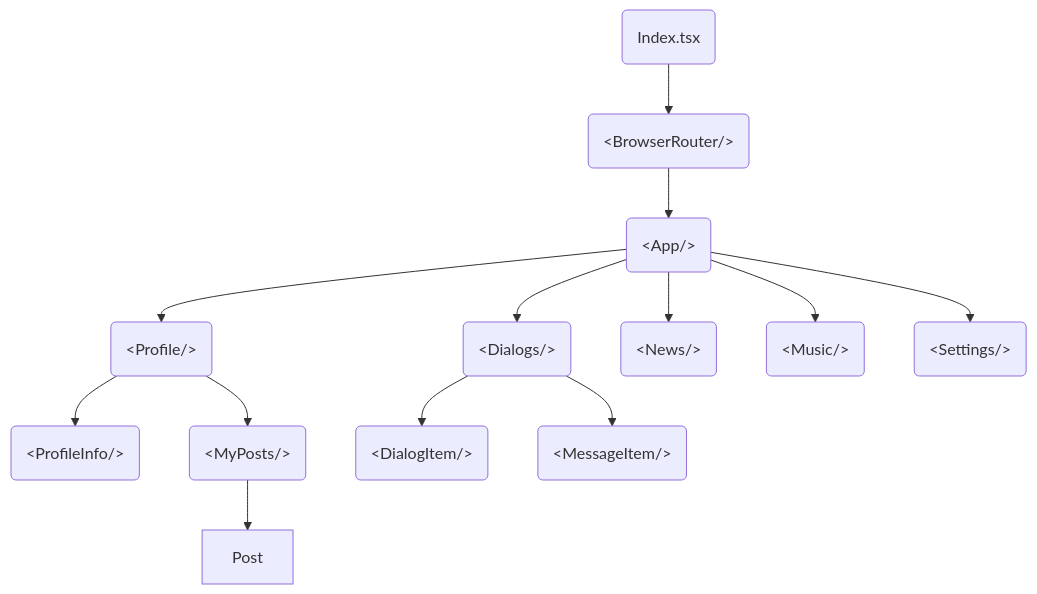
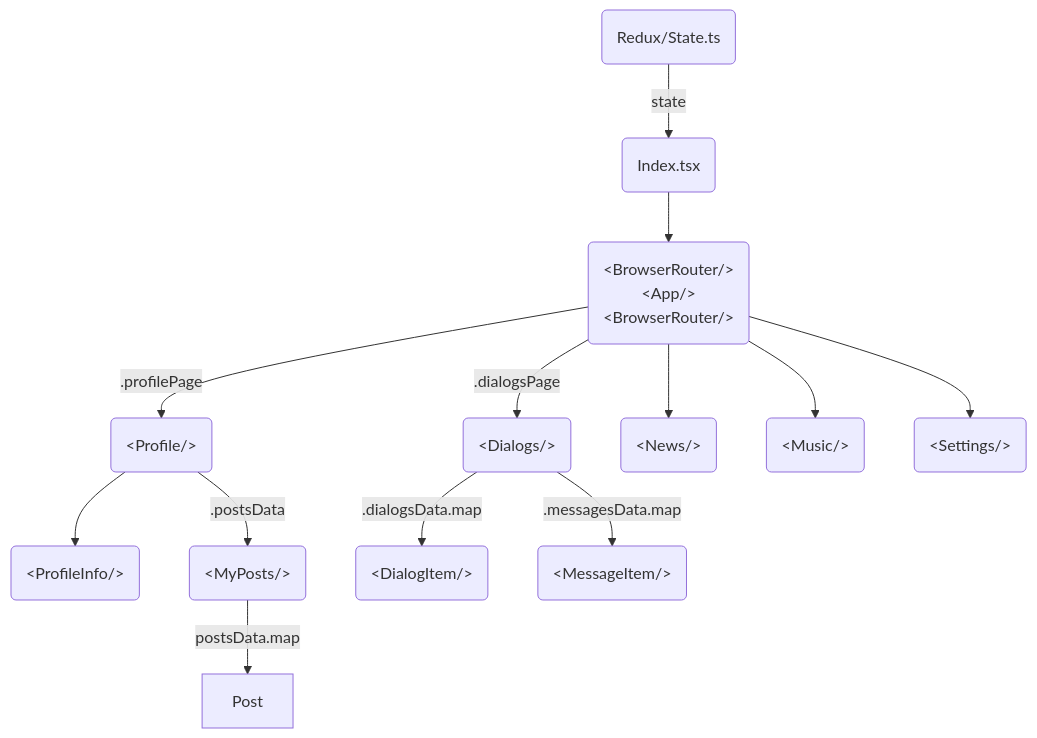
One commit to AntonRybakou/it-incubator-samurai-way changed the diagram in README.md. Above: the diagram before and after it, drawn with Mermaid.

Commit message:
feat: video 30 (update readme)

````diff
--- a/README.md
+++ b/README.md
@@ -26,15 +26,15 @@
 ```mermaid
   graph TD;
-    A(Index.tsx)-->B(&ltBrowserRouter/>);
-        B-->C(&ltApp/>)
-            C-->D(&ltProfile/>)
+    A(Redux/State.ts)--state-->B(Index.tsx);
+        B-->C(&ltBrowserRouter/><br>&ltApp/><br>&ltBrowserRouter/>)
+            C--.profilePage-->D(&ltProfile/>)
                 D-->D1(&ltProfileInfo/>)
-                D-->D2(&ltMyPosts/>)
-                    D2-->Post
-            C-->E(&ltDialogs/>)
-                E-->E1(&ltDialogItem/>)
-                E-->E2(&ltMessageItem/>)
+                D--.postsData-->D2(&ltMyPosts/>)
+                    D2--postsData.map-->Post
+            C--.dialogsPage-->E(&ltDialogs/>)
+                E--.dialogsData.map-->E1(&ltDialogItem/>)
+                E--.messagesData.map-->E2(&ltMessageItem/>)
             C-->F(&ltNews/>)
             C-->G(&ltMusic/>)
             C-->H(&ltSettings/>)
 ```
````
